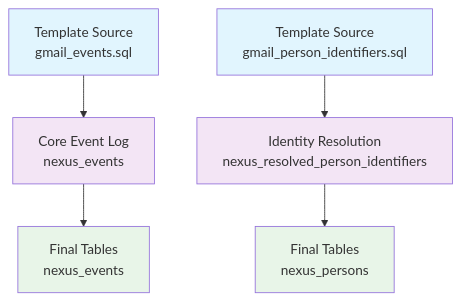
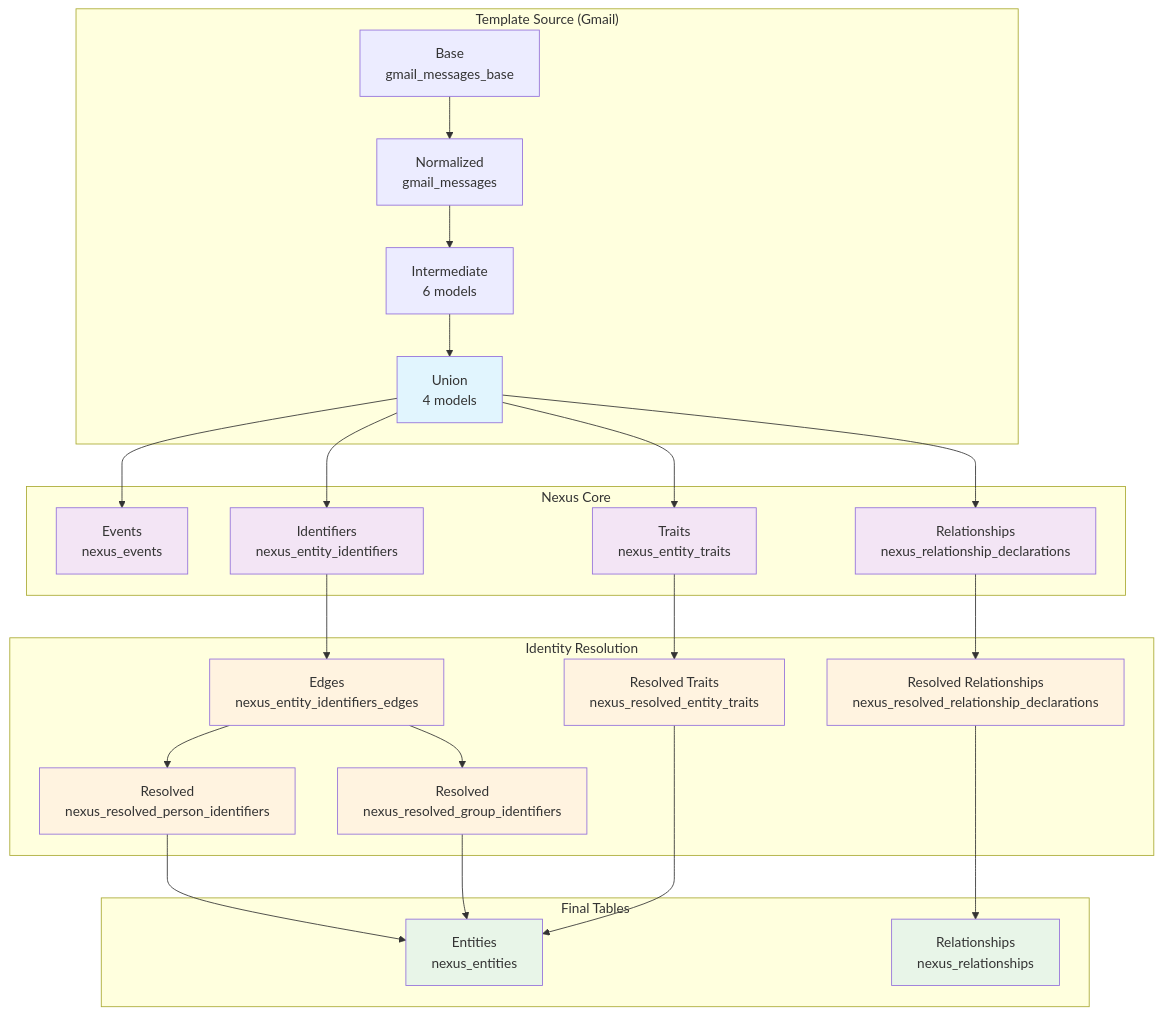
One commit to slide-rule-tech/dbt-nexus changed the diagram in docs/sources/template-sources/index.md. Above: the diagram before and after it, drawn with Mermaid. The commit also changed other lines of this file and 101 other files, not shown here.

Commit message:
feat: switch to entities and relationships [WORK-2456] (#31)

````diff
--- a/docs/sources/template-sources/index.md
+++ b/docs/sources/template-sources/index.md
@@ -215,14 +238,57 @@
 ```mermaid
 graph TD
-    A[Template Source<br/>gmail_events.sql] --> B[Core Event Log<br/>nexus_events]
-    C[Template Source<br/>gmail_person_identifiers.sql] --> D[Identity Resolution<br/>nexus_resolved_person_identifiers]
-    D --> E[Final Tables<br/>nexus_persons]
-    B --> F[Final Tables<br/>nexus_events]
+    subgraph Source["Template Source (Gmail)"]
+        A1[Base<br/>gmail_messages_base] --> A2[Normalized<br/>gmail_messages]
+        A2 --> A3[Intermediate<br/>6 models]
+        A3 --> A4[Union<br/>4 models]
+    end
 
-    style A fill:#e1f5fe
-    style C fill:#e1f5fe
-    style B fill:#f3e5f5
-    style D fill:#f3e5f5
-    style E fill:#e8f5e8
-    style F fill:#e8f5e8
+    subgraph Nexus["Nexus Core"]
+        B1[Events<br/>nexus_events]
+        B2[Identifiers<br/>nexus_entity_identifiers]
+        B3[Traits<br/>nexus_entity_traits]
+        B4[Relationships<br/>nexus_relationship_declarations]
+    end
+
+    subgraph Resolution["Identity Resolution"]
+        C1[Edges<br/>nexus_entity_identifiers_edges]
+        C2[Resolved<br/>nexus_resolved_person_identifiers]
+        C3[Resolved<br/>nexus_resolved_group_identifiers]
+        C4[Resolved Traits<br/>nexus_resolved_entity_traits]
+        C5[Resolved Relationships<br/>nexus_resolved_relationship_declarations]
+    end
+
+    subgraph Final["Final Tables"]
+        D1[Entities<br/>nexus_entities]
+        D2[Relationships<br/>nexus_relationships]
+    end
+
+    A4 --> B1
+    A4 --> B2
+    A4 --> B3
+    A4 --> B4
+
+    B2 --> C1
+    C1 --> C2
+    C1 --> C3
+    B3 --> C4
+    B4 --> C5
+
+    C2 --> D1
+    C3 --> D1
+    C4 --> D1
+    C5 --> D2
+
+    style A4 fill:#e1f5fe
+    style B1 fill:#f3e5f5
+    style B2 fill:#f3e5f5
+    style B3 fill:#f3e5f5
+    style B4 fill:#f3e5f5
+    style C1 fill:#fff3e0
+    style C2 fill:#fff3e0
+    style C3 fill:#fff3e0
+    style C4 fill:#fff3e0
+    style C5 fill:#fff3e0
+    style D1 fill:#e8f5e8
+    style D2 fill:#e8f5e8
 ```
````
